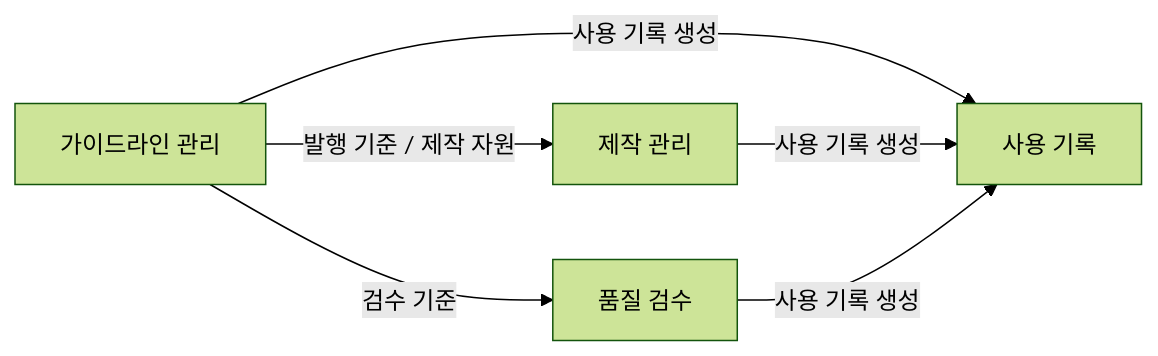
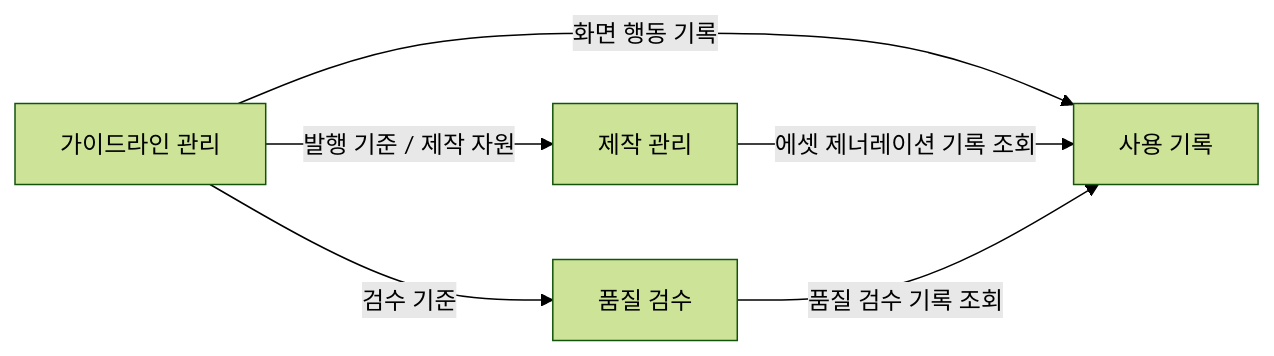
Before and after one commit to ewoooo/living-brand-system: the first of 5 diagrams in docs/04-domain-model.md, drawn with Mermaid (forest theme). The commit also changed other lines of this file and 22 other files, not shown here.

````diff
--- a/docs/04-domain-model.md
+++ b/docs/04-domain-model.md
@@ -38,13 +38,13 @@
 ```mermaid
 flowchart LR
   Guideline["가이드라인 관리"]
   Production["제작 관리"]
   Quality["품질 검수"]
   UsageRecord["사용 기록"]
 
   Guideline -->|"발행 기준 / 제작 자원"| Production
   Guideline -->|"검수 기준"| Quality
-  Guideline -->|"사용 기록 생성"| UsageRecord
-  Production -->|"사용 기록 생성"| UsageRecord
-  Quality -->|"사용 기록 생성"| UsageRecord
+  Guideline -->|"화면 행동 기록"| UsageRecord
+  Production -->|"에셋 제너레이션 기록 조회"| UsageRecord
+  Quality -->|"품질 검수 기록 조회"| UsageRecord
 ```
````
